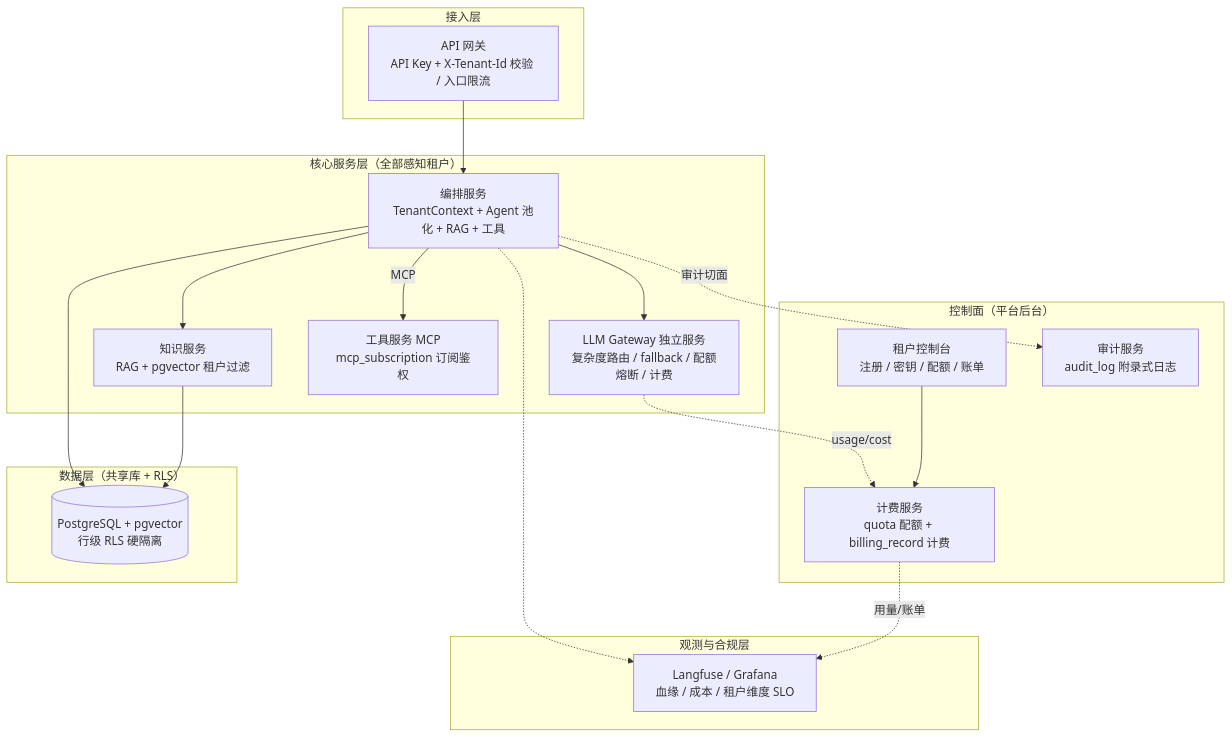
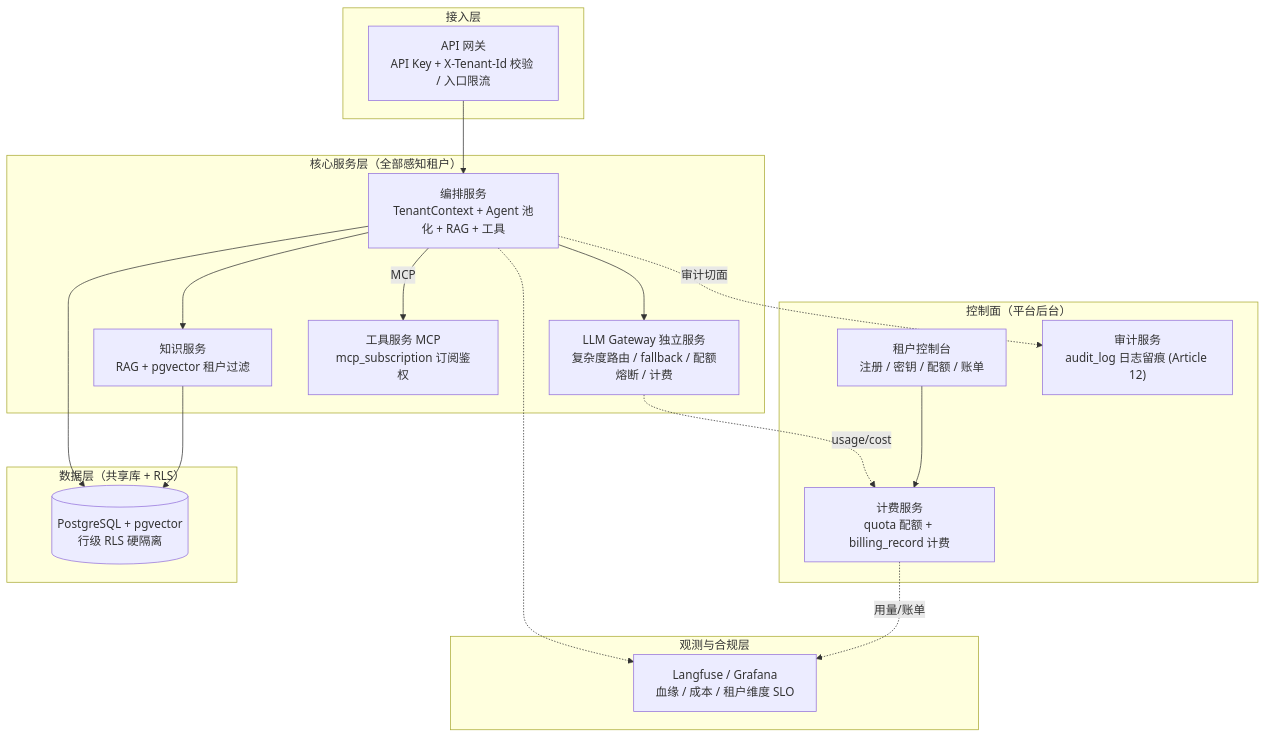
One commit to UranusGit/java-agent-learn changed the first of 4 diagrams in docs/项目-客服Agent平台/06-阶段4-平台化多租户.md. Above: the diagram before and after it, drawn with Mermaid. The commit also changed other lines of this file and 19 other files, not shown here.

````diff
--- a/docs/项目-客服Agent平台/06-阶段4-平台化多租户.md
+++ b/docs/项目-客服Agent平台/06-阶段4-平台化多租户.md
@@ -93,34 +93,34 @@
 ```mermaid
 flowchart TD
     subgraph cp["控制面（平台后台）"]
         PORTAL["租户控制台<br/>注册 / 密钥 / 配额 / 账单"]
         BILL["计费服务<br/>quota 配额 + billing_record 计费"]
-        AUDIT["审计服务<br/>audit_log 附录式日志"]
+        AUDIT["审计服务<br/>audit_log 日志留痕 (Article 12)"]
     end
     subgraph edge["接入层"]
         GW["API 网关<br/>API Key + X-Tenant-Id 校验 / 入口限流"]
     end
     subgraph core["核心服务层（全部感知租户）"]
         ORC["编排服务<br/>TenantContext + Agent 池化 + RAG + 工具"]
         GATE["LLM Gateway 独立服务<br/>复杂度路由 / fallback / 配额熔断 / 计费"]
         KNO["知识服务<br/>RAG + pgvector 租户过滤"]
         MCP["工具服务 MCP<br/>mcp_subscription 订阅鉴权"]
     end
     subgraph data["数据层（共享库 + RLS）"]
         DB[("PostgreSQL + pgvector<br/>行级 RLS 硬隔离")]
     end
     subgraph obs["观测与合规层"]
         OBS["Langfuse / Grafana<br/>血缘 / 成本 / 租户维度 SLO"]
     end
     PORTAL --> BILL
     GW --> ORC
     ORC --> KNO
     ORC -->|MCP| MCP
     ORC --> GATE
     GATE -. "usage/cost" .-> BILL
     ORC -. "审计切面" .-> AUDIT
     KNO --> DB
     ORC --> DB
     BILL -. "用量/账单" .-> OBS
     ORC -.-> OBS
 ```
````
